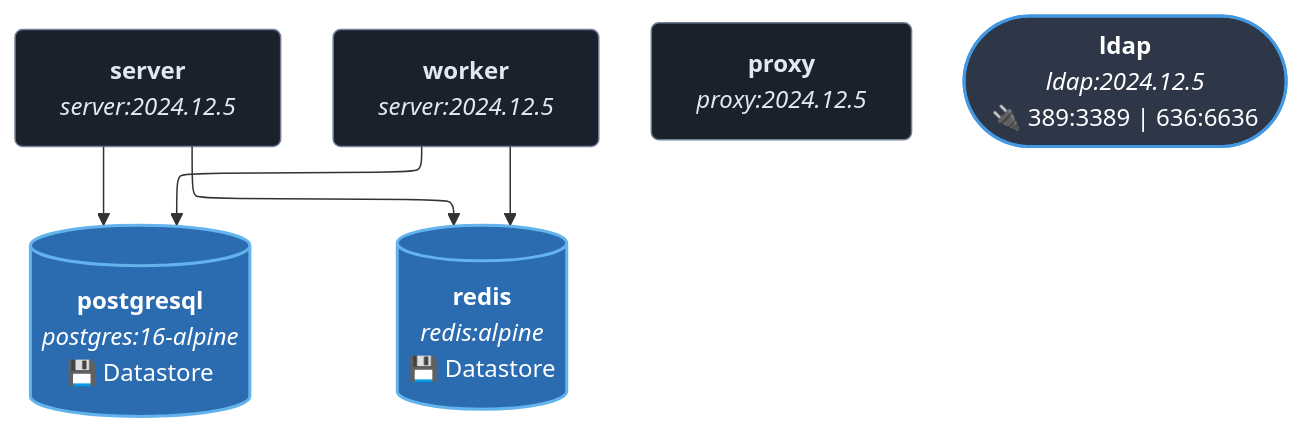
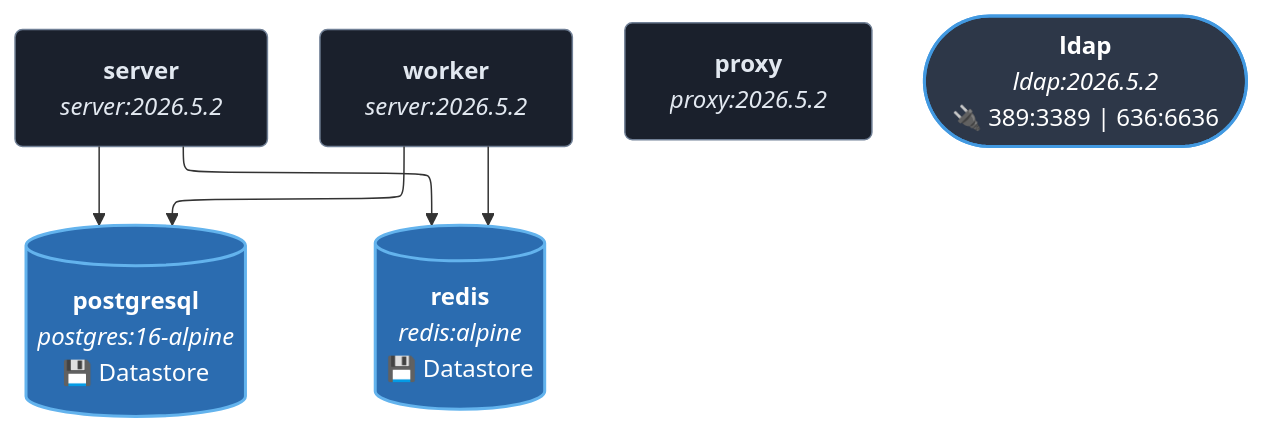
Before and after one commit to chutch3/homelab: the first of 3 diagrams in docs/services/authentik.md, drawn with Mermaid. The commit also changed other lines of this file and 2 other files, not shown here.

Commit message:
fix: bump authentik to 2026.5.2 and expand proxy outpost /dev/shm to 512MB

````diff
--- a/docs/services/authentik.md
+++ b/docs/services/authentik.md
@@ -8,17 +8,17 @@
 ```mermaid
 %%{init: {"flowchart": {"defaultRenderer": "elk", "nodeSpacing": 40, "rankSpacing": 50}}}%%
 flowchart TD
     classDef exposed fill:#2d3748,stroke:#4299e1,stroke-width:2px,color:#fff,rx:5px,ry:5px;
     classDef internal fill:#1a202c,stroke:#718096,stroke-width:1px,color:#e2e8f0,rx:5px,ry:5px;
     classDef datastore fill:#2b6cb0,stroke:#63b3ed,stroke-width:2px,color:#fff,rx:8px,ry:8px;
     postgresql[("<b>postgresql</b><br/><i>postgres:16-alpine</i><br/>💾 Datastore")]:::datastore
     redis[("<b>redis</b><br/><i>redis:alpine</i><br/>💾 Datastore")]:::datastore
-    server["<b>server</b><br/><i>server:2024.12.5</i>"]:::internal
-    worker["<b>worker</b><br/><i>server:2024.12.5</i>"]:::internal
-    proxy["<b>proxy</b><br/><i>proxy:2024.12.5</i>"]:::internal
-    ldap(["<b>ldap</b><br/><i>ldap:2024.12.5</i><br/>🔌 389:3389 | 636:6636"]):::exposed
+    server["<b>server</b><br/><i>server:2026.5.2</i>"]:::internal
+    worker["<b>worker</b><br/><i>server:2026.5.2</i>"]:::internal
+    proxy["<b>proxy</b><br/><i>proxy:2026.5.2</i>"]:::internal
+    ldap(["<b>ldap</b><br/><i>ldap:2026.5.2</i><br/>🔌 389:3389 | 636:6636"]):::exposed
     server --> postgresql
     server --> redis
     worker --> postgresql
     worker --> redis
 ```
````
